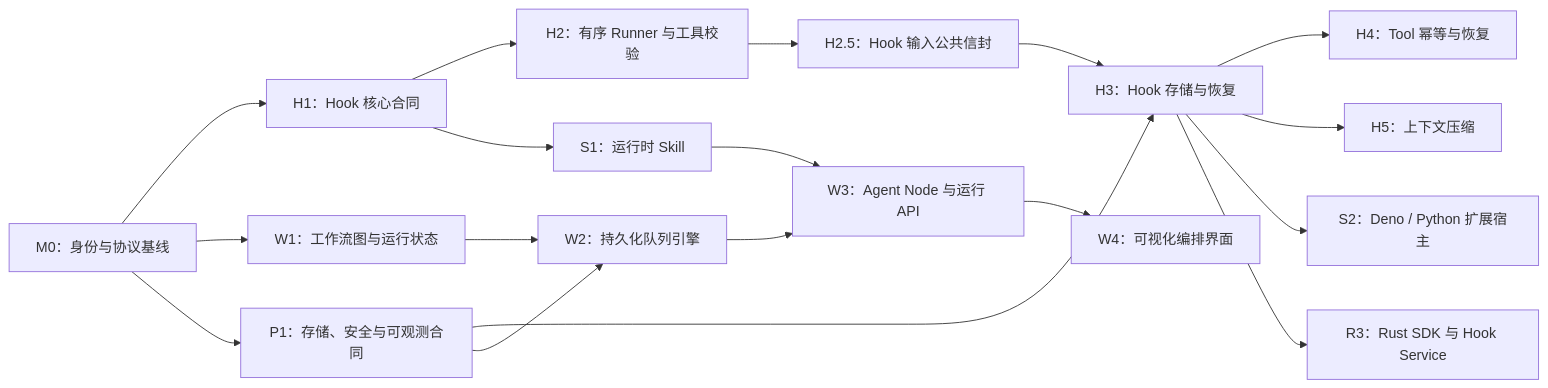
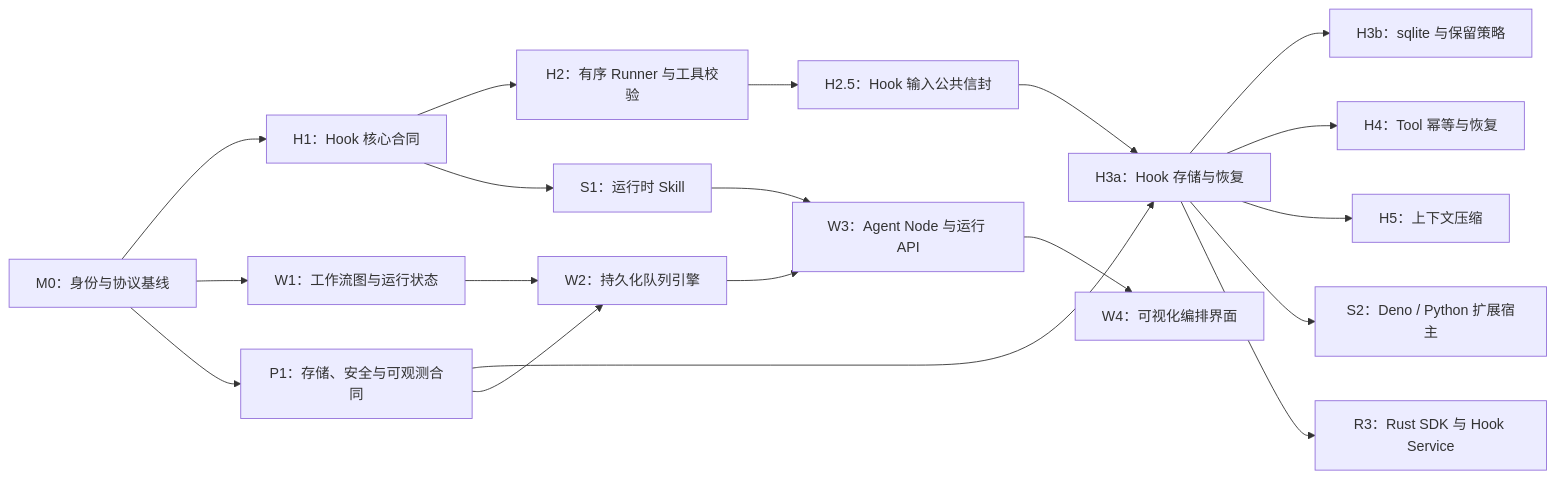
Before and after one commit to time-gift24/stratum: the diagram in TODO.md, drawn with Mermaid. The commit also changed other lines of this file and 30 other files, not shown here.

````diff
--- a/TODO.md
+++ b/TODO.md
@@ -21,23 +21,24 @@
 ```mermaid
 flowchart LR
     M0["M0：身份与协议基线"] --> H1["H1：Hook 核心合同"]
     H1 --> H2["H2：有序 Runner 与工具校验"]
     H2 --> H25["H2.5：Hook 输入公共信封"]
-    H25 --> H3["H3：Hook 存储与恢复"]
+    H25 --> H3["H3a：Hook 存储与恢复"]
+    H3 --> H3B["H3b：sqlite 与保留策略"]
     H3 --> H4["H4：Tool 幂等与恢复"]
     H3 --> H5["H5：上下文压缩"]
     H3 --> S2["S2：Deno / Python 扩展宿主"]
     H3 --> R3["R3：Rust SDK 与 Hook Service"]
 
     M0 --> W1["W1：工作流图与运行状态"]
     W1 --> W2["W2：持久化队列引擎"]
     W2 --> W3["W3：Agent Node 与运行 API"]
     W3 --> W4["W4：可视化编排界面"]
 
     H1 --> S1["S1：运行时 Skill"]
     S1 --> W3
 
     M0 --> P1["P1：存储、安全与可观测合同"]
     P1 --> H3
     P1 --> W2
 ```
````
